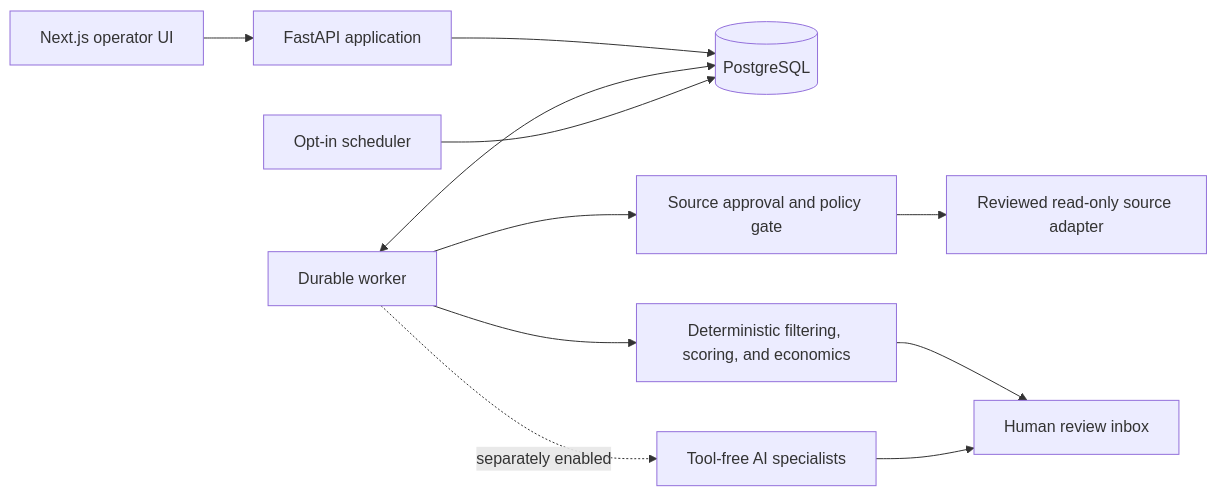
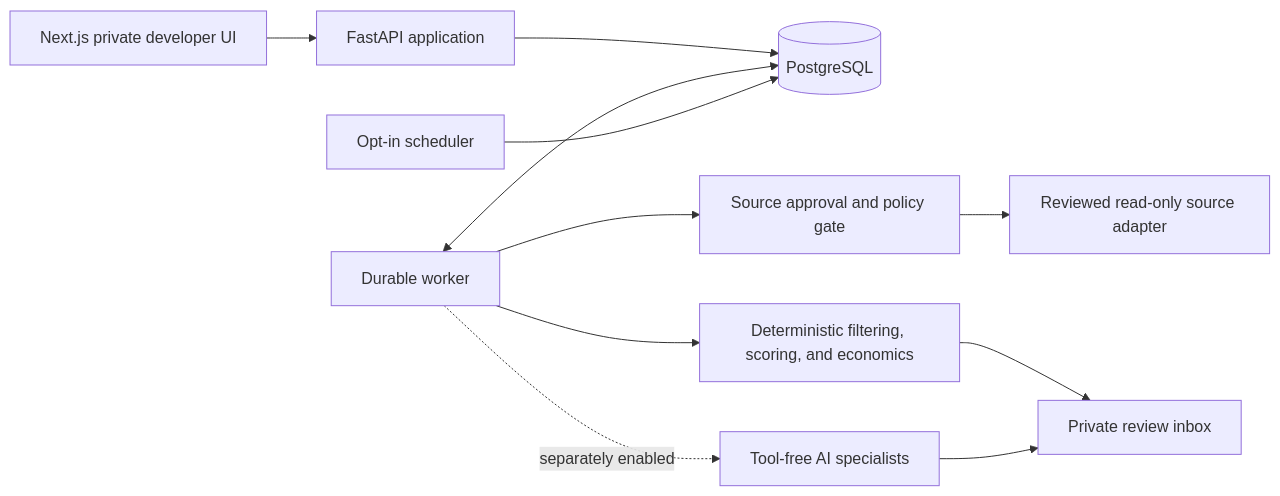
One commit to DPLCoding/MarginScout changed the diagram in README.md. Above: the diagram before and after it, drawn with Mermaid. The commit also changed other lines of this file and 19 other files, not shown here.

````diff
--- a/README.md
+++ b/README.md
@@ -28,13 +28,13 @@
 ```mermaid
 flowchart LR
-    UI[Next.js operator UI] --> API[FastAPI application]
+    UI[Next.js private developer UI] --> API[FastAPI application]
     API --> DB[(PostgreSQL)]
     Worker[Durable worker] <--> DB
     Scheduler[Opt-in scheduler] --> DB
     Worker --> Gate[Source approval and policy gate]
     Gate --> Source[Reviewed read-only source adapter]
     Worker --> Rules[Deterministic filtering, scoring, and economics]
     Worker -. separately enabled .-> AI[Tool-free AI specialists]
-    Rules --> Inbox[Human review inbox]
+    Rules --> Inbox[Private review inbox]
     AI --> Inbox
 ```
````
